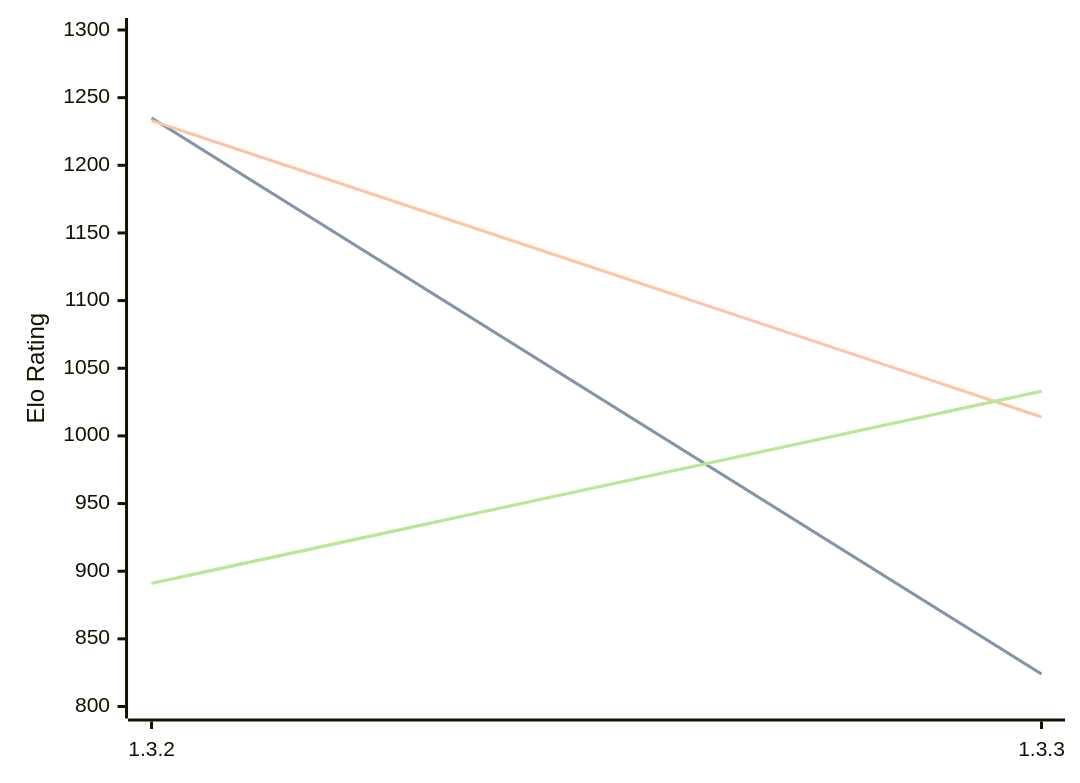
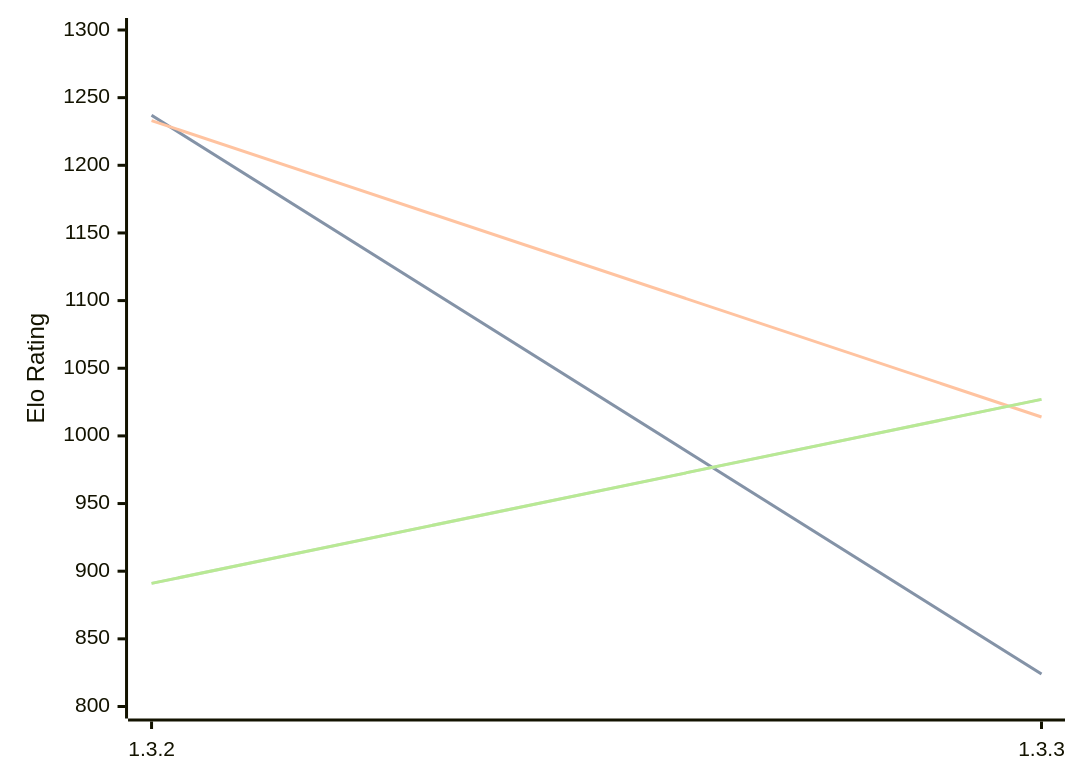
Before and after one commit to computer-chess-index/cci: the diagram in engines/Whitespine.md, drawn with Mermaid. The commit also changed other lines of this file, not shown here.

Commit message:
Update CCI Ratings (ELO VLTC) - 2026-04-10

````diff
--- a/engines/Whitespine.md
+++ b/engines/Whitespine.md
@@ -35,11 +35,11 @@
 ```mermaid
 %%{init: {"theme":"base","themeVariables":{"seriesColors:['#a3a3a3','#222221','#faa371']}}}%%
 xychart-beta
   x-axis ["1.3.2", "1.3.3"]
   y-axis "Elo Rating" 800 --> 1300
-  line "STC (8.0+0.08s)" [1235, 824]
-  line "STC (8.0+0.08s)" [1235, 824]
+  line "STC (8.0+0.08s)" [1237, 824]
+  line "STC (8.0+0.08s)" [1237, 824]
   line "LTC (60.0+0.60s)" [1233, 1014]
-  line "VLTC (2m24s+1.12s)" [891, 1033]
-  line "VLTC (2m24s+1.12s)" [891, 1033]
+  line "VLTC (2m24s+1.12s)" [891, 1027]
+  line "VLTC (2m24s+1.12s)" [891, 1027]
 ```
````
